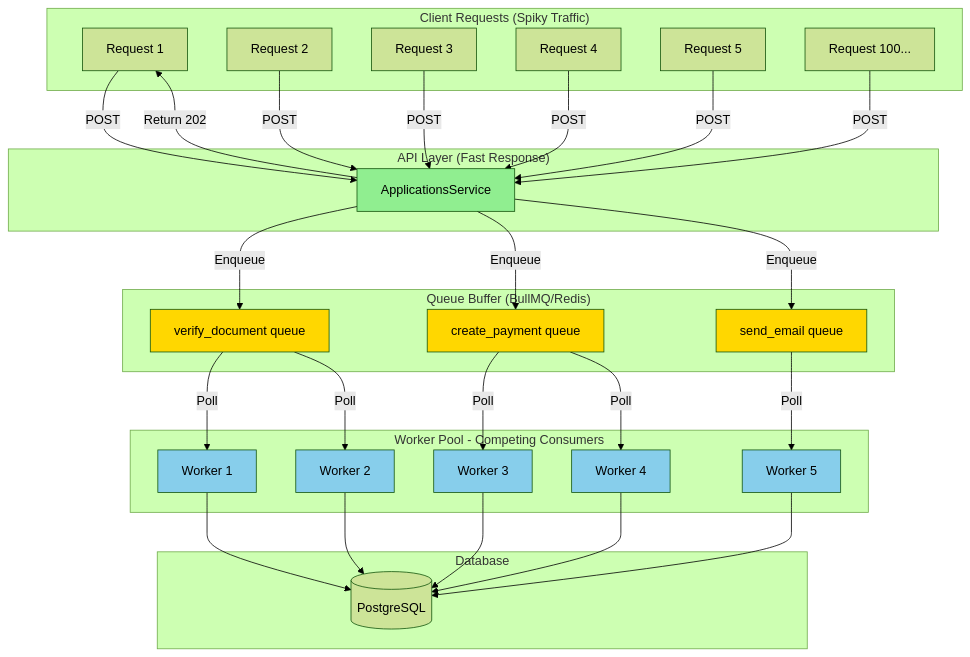
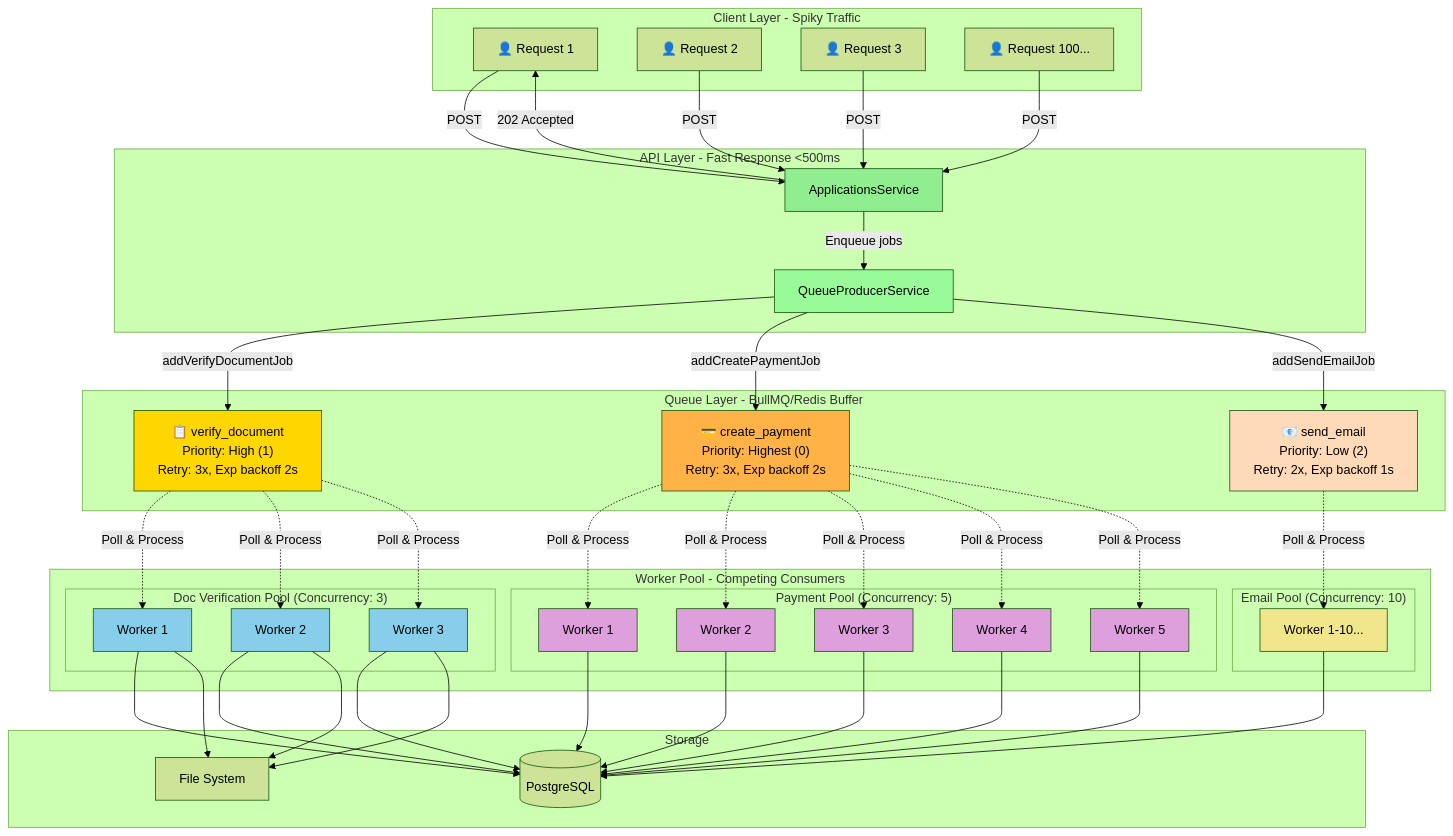
One commit to huytu0702/university_admission_portal changed the fourth of 11 diagrams in backend/docs/SYSTEM_FLOW_AFTER_PATTERNS.md. Above: the diagram before and after it, drawn with Mermaid (forest theme). The commit also changed other lines of this file, not shown here.

Commit message:
docs: Document the system flow and applied design patterns with Mermaid diagrams and code examples.

````diff
--- a/backend/docs/SYSTEM_FLOW_AFTER_PATTERNS.md
+++ b/backend/docs/SYSTEM_FLOW_AFTER_PATTERNS.md
@@ -421,67 +425,78 @@
 ```mermaid
 graph TB
-    subgraph "Client Requests (Spiky Traffic)"
-        C1[Request 1]
-        C2[Request 2]
-        C3[Request 3]
-        C4[Request 4]
-        C5[Request 5]
-        C100[Request 100...]
+    subgraph "Client Layer - Spiky Traffic"
+        C1[👤 Request 1]
+        C2[👤 Request 2]
+        C3[👤 Request 3]
+        C100[👤 Request 100...]
     end
     
-    subgraph "API Layer (Fast Response)"
+    subgraph "API Layer - Fast Response <500ms"
         API[ApplicationsService]
+        Producer[QueueProducerService]
     end
     
-    subgraph "Queue Buffer (BullMQ/Redis)"
-        Queue1[verify_document queue]
-        Queue2[create_payment queue]
-        Queue3[send_email queue]
+    subgraph "Queue Layer - BullMQ/Redis Buffer"
+        Q1["📋 verify_document<br/>Priority: High (1)<br/>Retry: 3x, Exp backoff 2s"]
+        Q2["💳 create_payment<br/>Priority: Highest (0)<br/>Retry: 3x, Exp backoff 2s"]
+        Q3["📧 send_email<br/>Priority: Low (2)<br/>Retry: 2x, Exp backoff 1s"]
     end
     
     subgraph "Worker Pool - Competing Consumers"
-        W1[Worker 1]
-        W2[Worker 2]
-        W3[Worker 3]
-        W4[Worker 4]
-        W5[Worker 5]
+        subgraph "Doc Verification Pool (Concurrency: 3)"
+            DW1[Worker 1]
+            DW2[Worker 2]
+            DW3[Worker 3]
+        end
+        
+        subgraph "Payment Pool (Concurrency: 5)"
+            PW1[Worker 1]
+            PW2[Worker 2]
+            PW3[Worker 3]
+            PW4[Worker 4]
+            PW5[Worker 5]
+        end
+        
+        subgraph "Email Pool (Concurrency: 10)"
+            EW1[Worker 1-10...]
+        end
     end
     
-    subgraph "Database"
+    subgraph "Storage"
         DB[(PostgreSQL)]
+        FS[File System]
     end
     
-    C1 -->|POST| API
-    C2 -->|POST| API
-    C3 -->|POST| API
-    C4 -->|POST| API
-    C5 -->|POST| API
-    C100 -->|POST| API
+    C1 & C2 & C3 & C100 -->|POST| API
+    API -->|Enqueue jobs| Producer
     
-    API -->|Enqueue| Queue1
-    API -->|Enqueue| Queue2
-    API -->|Enqueue| Queue3
-    API -->|Return 202| C1
+    Producer -->|addVerifyDocumentJob| Q1
+    Producer -->|addCreatePaymentJob| Q2
+    Producer -->|addSendEmailJob| Q3
     
-    Queue1 -->|Poll| W1
-    Queue1 -->|Poll| W2
-    Queue2 -->|Poll| W3
-    Queue2 -->|Poll| W4
-    Queue3 -->|Poll| W5
+    API -->|202 Accepted| C1
     
-    W1 --> DB
-    W2 --> DB
-    W3 --> DB
-    W4 --> DB
-    W5 --> DB
+    Q1 -.->|Poll & Process| DW1 & DW2 & DW3
+    Q2 -.->|Poll & Process| PW1 & PW2 & PW3 & PW4 & PW5
+    Q3 -.->|Poll & Process| EW1
+    
+    DW1 & DW2 & DW3 --> DB
+    DW1 & DW2 & DW3 --> FS
+    PW1 & PW2 & PW3 & PW4 & PW5 --> DB
+    EW1 --> DB
     
     style API fill:#90EE90
-    style Queue1 fill:#FFD700
-    style Queue2 fill:#FFD700
-    style Queue3 fill:#FFD700
-    style W1 fill:#87CEEB
-    style W2 fill:#87CEEB
-    style W3 fill:#87CEEB
-    style W4 fill:#87CEEB
-    style W5 fill:#87CEEB
+    style Producer fill:#98FB98
+    style Q1 fill:#FFD700
+    style Q2 fill:#FFB347
+    style Q3 fill:#FFDAB9
+    style DW1 fill:#87CEEB
+    style DW2 fill:#87CEEB
+    style DW3 fill:#87CEEB
+    style PW1 fill:#DDA0DD
+    style PW2 fill:#DDA0DD
+    style PW3 fill:#DDA0DD
+    style PW4 fill:#DDA0DD
+    style PW5 fill:#DDA0DD
+    style EW1 fill:#F0E68C
 ```
````
